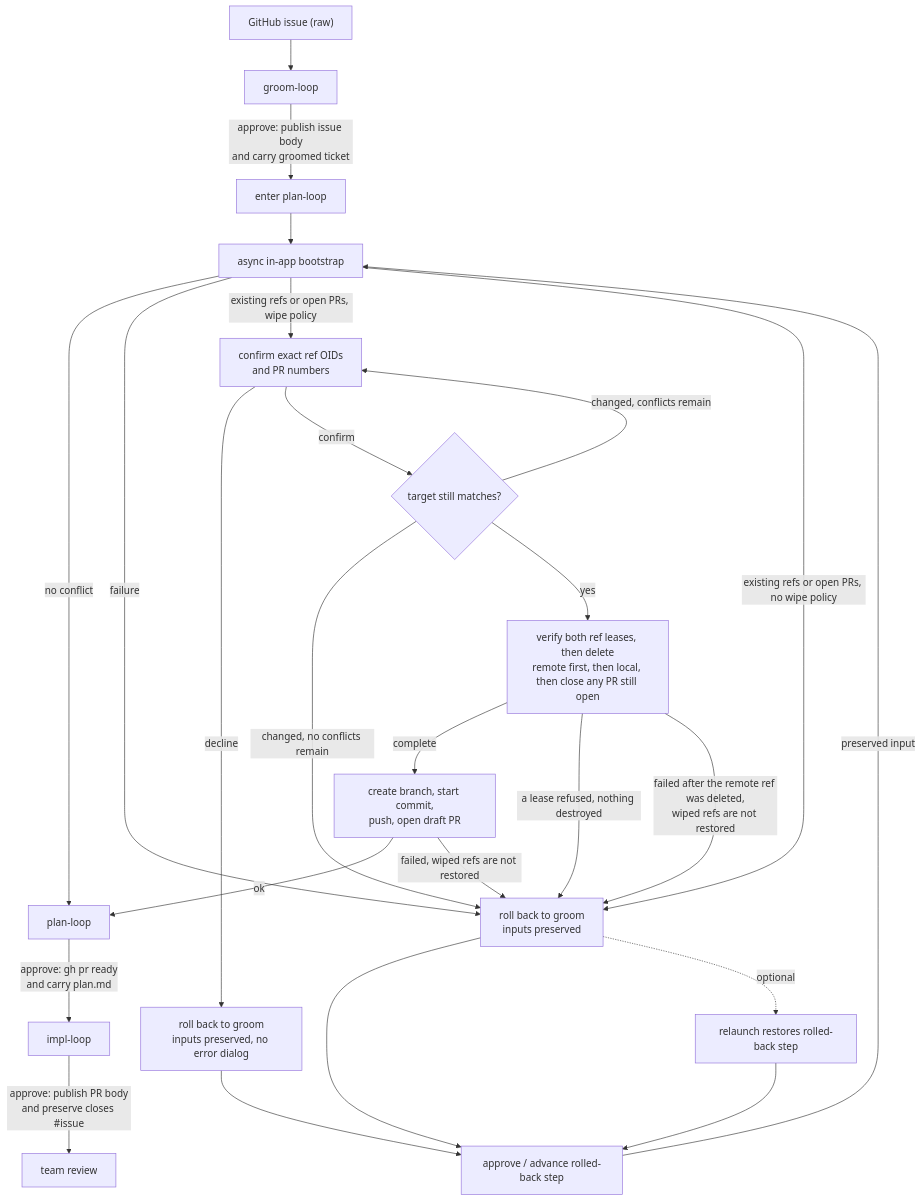
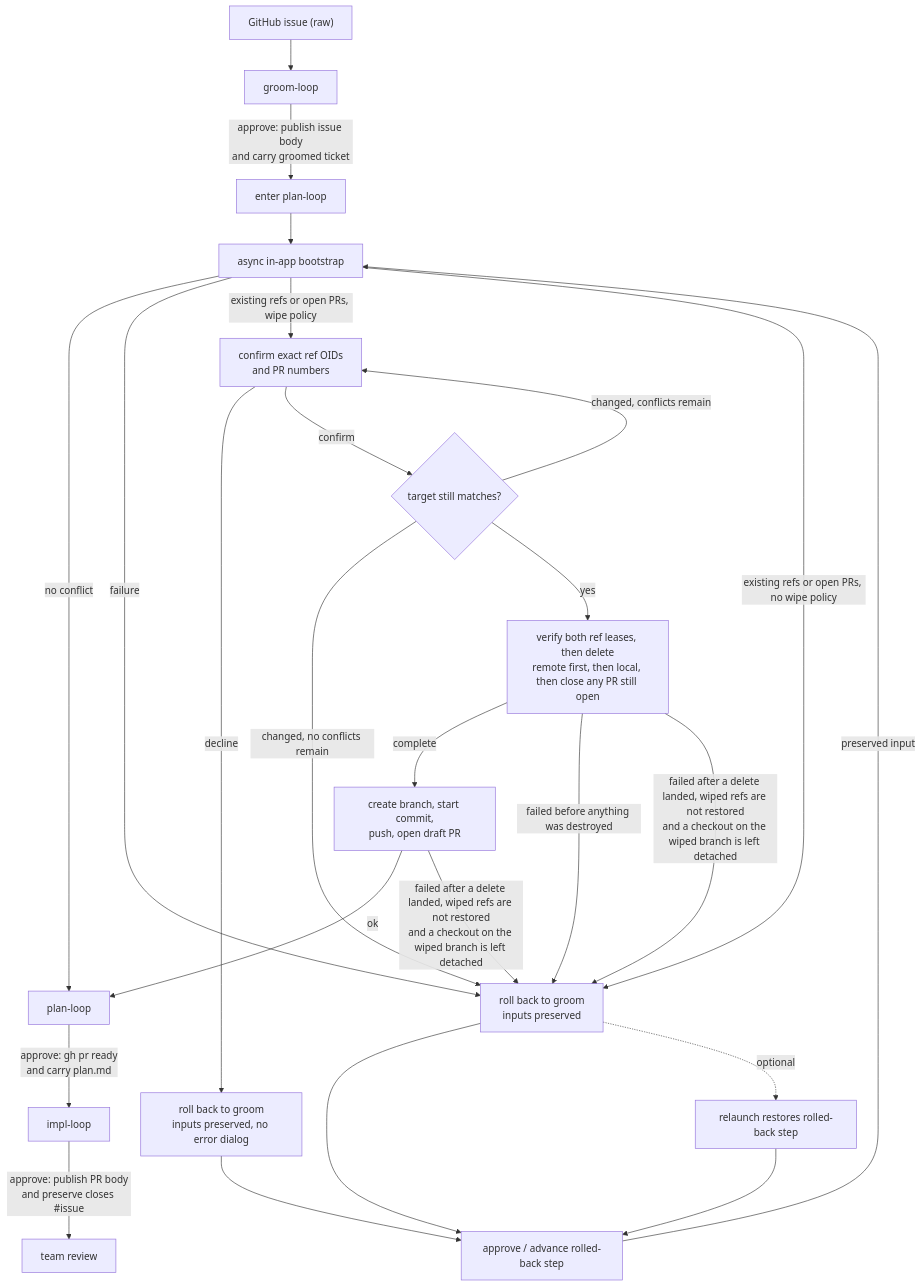
One commit to dylanb/agent-terminal changed the second of 2 diagrams in docs/spec/27-in-terminal-loop-engine-the-live-design.md. Above: the diagram before and after it, drawn with Mermaid. The commit also changed 3 other files, not shown here.

First line of the commit message:
docs+test: partition the wipe failure edges by residue, not by cause [skip ci]

````diff
--- a/docs/spec/27-in-terminal-loop-engine-the-live-design.md
+++ b/docs/spec/27-in-terminal-loop-engine-the-live-design.md
@@ -134,27 +134,27 @@
 ```mermaid
 flowchart TD
   RAW["GitHub issue (raw)"] --> G["groom-loop"]
   G -->|"approve: publish issue body<br/>and carry groomed ticket"| PE["enter plan-loop"]
   PE --> BOOT["async in-app bootstrap"]
   BOOT -->|"no conflict"| P["plan-loop"]
   BOOT -->|"failure"| RB["roll back to groom<br/>inputs preserved"]
   BOOT -->|"existing refs or open PRs, wipe policy"| CF["confirm exact ref OIDs<br/>and PR numbers"]
   BOOT -->|"existing refs or open PRs, no wipe policy"| RB
   CF -->|"decline"| RBQ["roll back to groom<br/>inputs preserved, no error dialog"]
   CF -->|"confirm"| CHECK{"target still matches?"}
   CHECK -->|"changed, conflicts remain"| CF
   CHECK -->|"changed, no conflicts remain"| RB
   CHECK -->|"yes"| WIPE["verify both ref leases, then delete<br/>remote first, then local, then close any PR still open"]
   WIPE -->|"complete"| CREATE["create branch, start commit,<br/>push, open draft PR"]
   CREATE -->|"ok"| P
-  CREATE -->|"failed, wiped refs are not restored"| RB
-  WIPE -->|"a lease refused, nothing destroyed"| RB
-  WIPE -->|"failed after the remote ref was deleted,<br/>wiped refs are not restored"| RB
+  CREATE -->|"failed after a delete landed, wiped refs are not restored<br/>and a checkout on the wiped branch is left detached"| RB
+  WIPE -->|"failed before anything was destroyed"| RB
+  WIPE -->|"failed after a delete landed, wiped refs are not restored<br/>and a checkout on the wiped branch is left detached"| RB
   RBQ --> RETRY
   RB --> RETRY["approve / advance rolled-back step"]
   RB -.->|"optional"| RELAUNCH["relaunch restores rolled-back step"]
   RELAUNCH --> RETRY
   RETRY -->|"preserved input"| BOOT
   P -->|"approve: gh pr ready<br/>and carry plan.md"| I["impl-loop"]
   I -->|"approve: publish PR body<br/>and preserve closes #issue"| TR["team review"]
 ```
````
